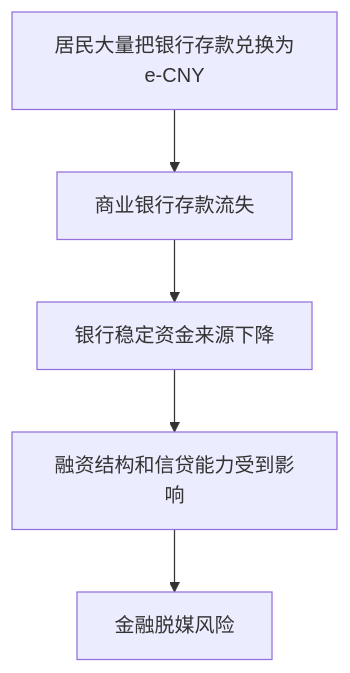
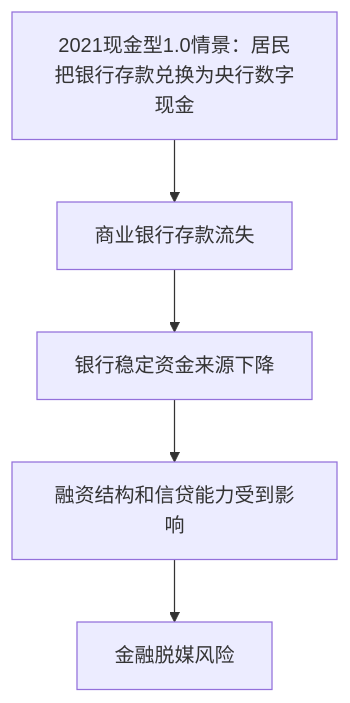
One commit to lingyi9909/digital-rmb-study changed the seventh of 7 diagrams in week-01-money-and-banking/day-02-bank-money-creation.md. Above: the diagram before and after it, drawn with Mermaid. The commit also changed other lines of this file, not shown here.

Commit message:
docs: clarify 2026 e-CNY 2.0 policy in day-02-bank-money-creation.md

````diff
--- a/week-01-money-and-banking/day-02-bank-money-creation.md
+++ b/week-01-money-and-banking/day-02-bank-money-creation.md
@@ -364,7 +367,7 @@
 ```mermaid
 flowchart TD
-    A[居民大量把银行存款兑换为e-CNY] --> B[商业银行存款流失]
+    A[2021现金型1.0情景：居民把银行存款兑换为央行数字现金] --> B[商业银行存款流失]
     B --> C[银行稳定资金来源下降]
     C --> D[融资结构和信贷能力受到影响]
     D --> E[金融脱媒风险]
 ```
````
